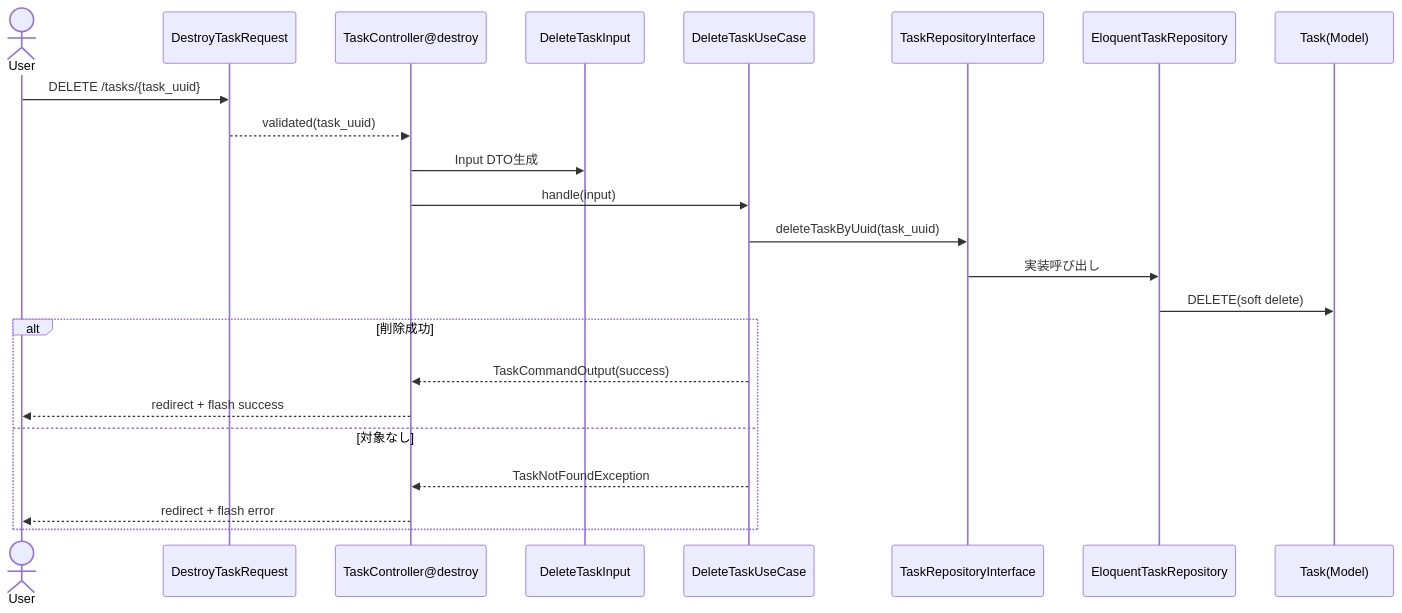
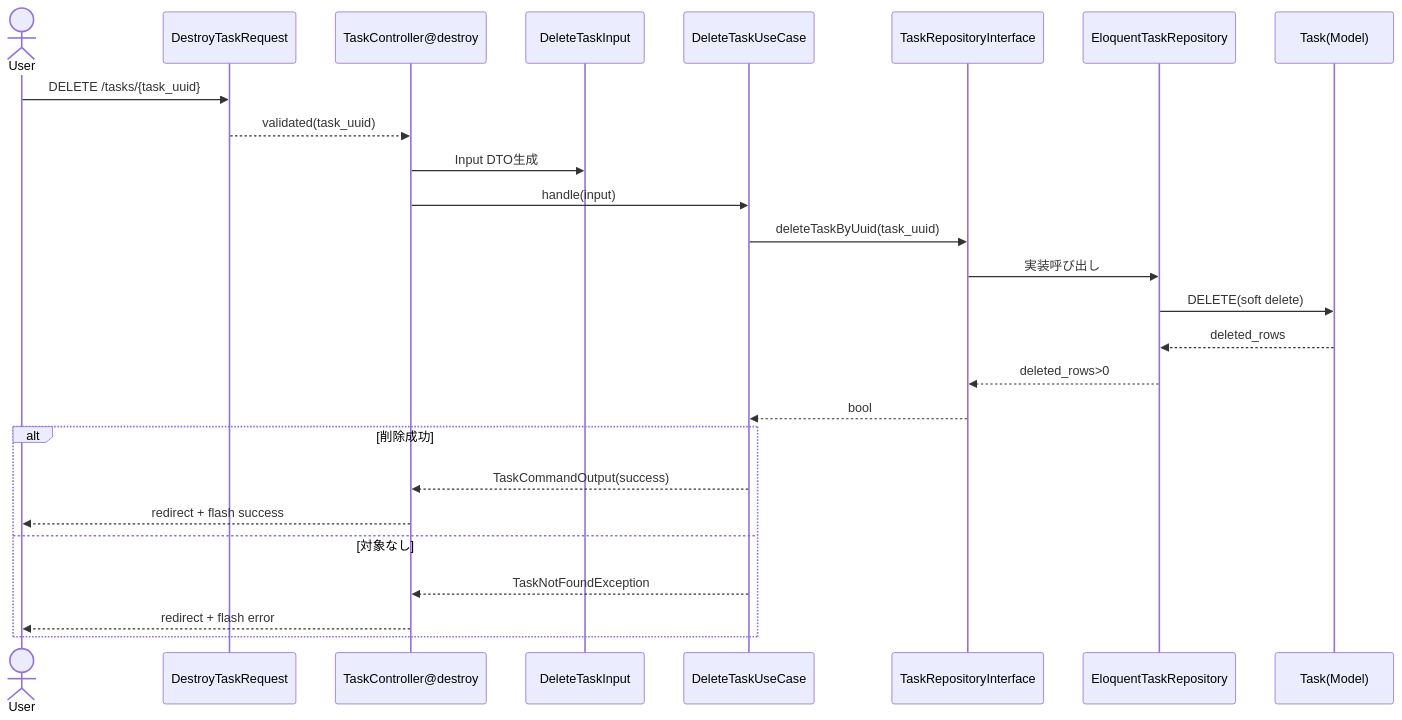
One commit to pasgroup/laravel-playground changed the fifth of 5 diagrams in docs/task-usecase-data-flow.md. Above: the diagram before and after it, drawn with Mermaid. The commit also changed other lines of this file and 6 other files, not shown here.

````diff
--- a/docs/task-usecase-data-flow.md
+++ b/docs/task-usecase-data-flow.md
@@ -127,26 +138,29 @@
 ```mermaid
 sequenceDiagram
     actor U as User
     participant Req as DestroyTaskRequest
     participant C as TaskController@destroy
     participant D as DeleteTaskInput
     participant DU as DeleteTaskUseCase
     participant Repo as TaskRepositoryInterface
     participant ER as EloquentTaskRepository
     participant T as Task(Model)
 
     U->>Req: DELETE /tasks/{task_uuid}
     Req-->>C: validated(task_uuid)
     C->>D: Input DTO生成
     C->>DU: handle(input)
     DU->>Repo: deleteTaskByUuid(task_uuid)
     Repo->>ER: 実装呼び出し
     ER->>T: DELETE(soft delete)
+    T-->>ER: deleted_rows
+    ER-->>Repo: deleted_rows>0
+    Repo-->>DU: bool
     alt 削除成功
         DU-->>C: TaskCommandOutput(success)
         C-->>U: redirect + flash success
     else 対象なし
         DU-->>C: TaskNotFoundException
         C-->>U: redirect + flash error
     end
 ```
````
